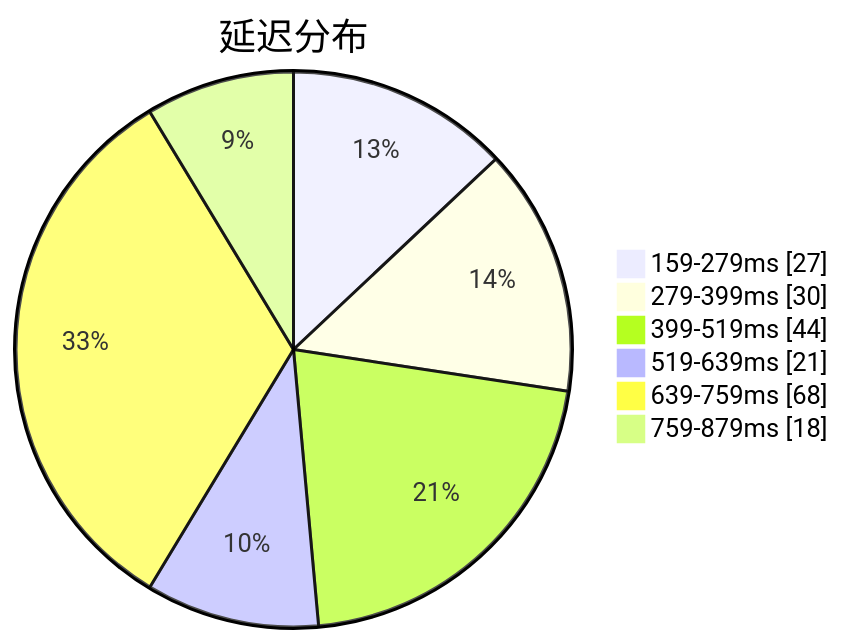
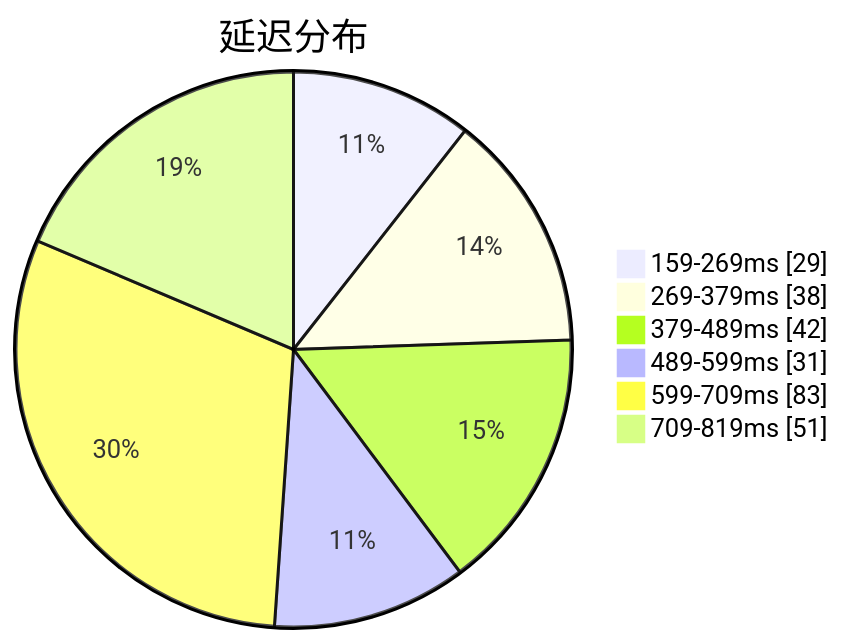
Before and after one commit to qjlxg/airport: the first of 3 diagrams in subs/statistics/tested_within.md, drawn with Mermaid. The commit also changed other lines of this file and 2 other files, not shown here.

````diff
--- a/subs/statistics/tested_within.md
+++ b/subs/statistics/tested_within.md
@@ -2,10 +2,10 @@
 ```mermaid
 pie showData
 title 延迟分布
-"159-279ms" : 27
-"279-399ms" : 30
-"399-519ms" : 44
-"519-639ms" : 21
-"639-759ms" : 68
-"759-879ms" : 18
+"159-269ms" : 29
+"269-379ms" : 38
+"379-489ms" : 42
+"489-599ms" : 31
+"599-709ms" : 83
+"709-819ms" : 51
 ```
````
